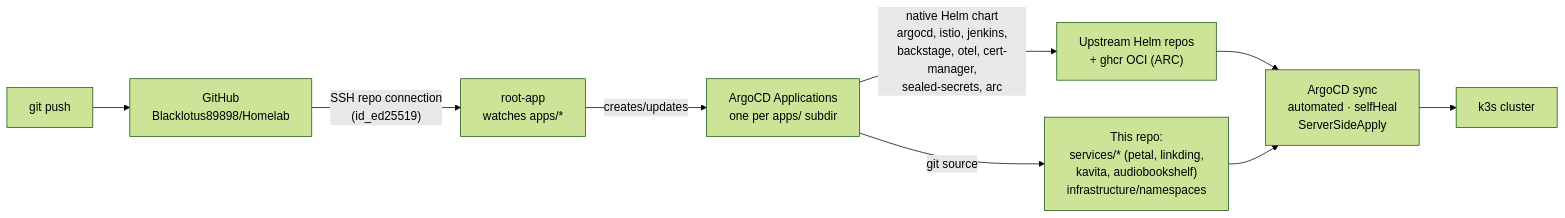
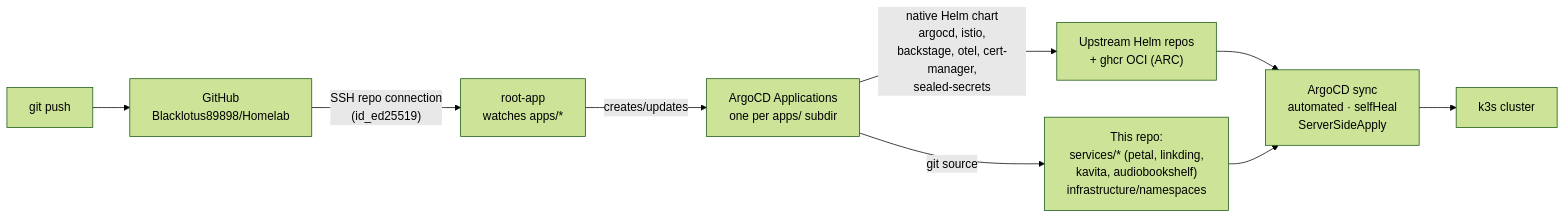
Before and after one commit to Blacklotus89898/Homelab: the second of 9 diagrams in docs/architecture.md, drawn with Mermaid (forest theme). The commit also changed other lines of this file and 17 other files, not shown here.

````diff
--- a/docs/architecture.md
+++ b/docs/architecture.md
@@ -105,10 +97,10 @@
 ```mermaid
 flowchart LR
   DEV["git push"] --> REPO["GitHub<br/>Blacklotus89898/Homelab"]
   REPO -->|"SSH repo connection<br/>(id_ed25519)"| ROOT["root-app<br/>watches apps/*"]
   ROOT -->|"creates/updates"| APPS["ArgoCD Applications<br/>one per apps/ subdir"]
-  APPS -->|"native Helm chart<br/>argocd, istio, jenkins,<br/>backstage, otel, cert-manager,<br/>sealed-secrets, arc"| CHARTS["Upstream Helm repos<br/>+ ghcr OCI (ARC)"]
+  APPS -->|"native Helm chart<br/>argocd, istio,<br/>backstage, otel, cert-manager,<br/>sealed-secrets"| CHARTS["Upstream Helm repos<br/>+ ghcr OCI (ARC)"]
   APPS -->|"git source"| LOCAL["This repo:<br/>services/* (petal, linkding,<br/>kavita, audiobookshelf)<br/>infrastructure/namespaces"]
   CHARTS & LOCAL --> SYNC["ArgoCD sync<br/>automated · selfHeal<br/>ServerSideApply"]
   SYNC --> K8S["k3s cluster"]
 ```
````
